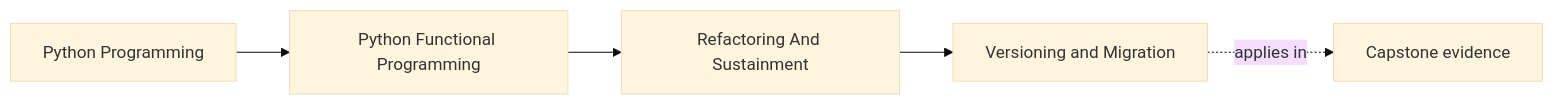
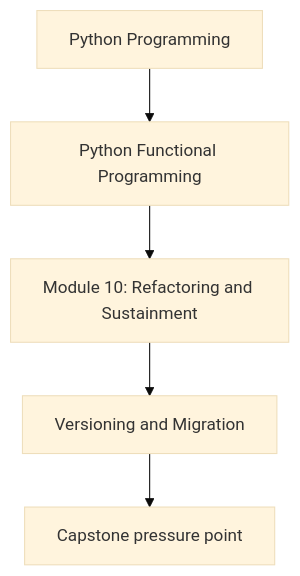
Before and after one commit to bijux/bijux-masterclass: the first of 2 diagrams in programs/python-programming/python-functional-programming/course-book/module-10-refactoring-and-sustainment/versioning-and-migration.md, drawn with Mermaid (base theme). The commit also changed other lines of this file and 118 other files, not shown here.

Commit message:
docs(python-functional-programming): align concept page diagrams

````diff
--- a/programs/python-programming/python-functional-programming/course-book/module-10-refactoring-and-sustainment/versioning-and-migration.md
+++ b/programs/python-programming/python-functional-programming/course-book/module-10-refactoring-and-sustainment/versioning-and-migration.md
@@ -7,11 +7,7 @@
 ```mermaid
-graph LR
-  family["Python Programming"]
-  program["Python Functional Programming"]
-  section["Refactoring And Sustainment"]
-  page["Versioning and Migration"]
-  capstone["Capstone evidence"]
-
-  family --> program --> section --> page
-  page -.applies in.-> capstone
+flowchart TD
+  family["Python Programming"] --> program["Python Functional Programming"]
+  program --> module["Module 10: Refactoring and Sustainment"]
+  module --> concept["Versioning and Migration"]
+  concept --> capstone["Capstone pressure point"]
 ```
````
